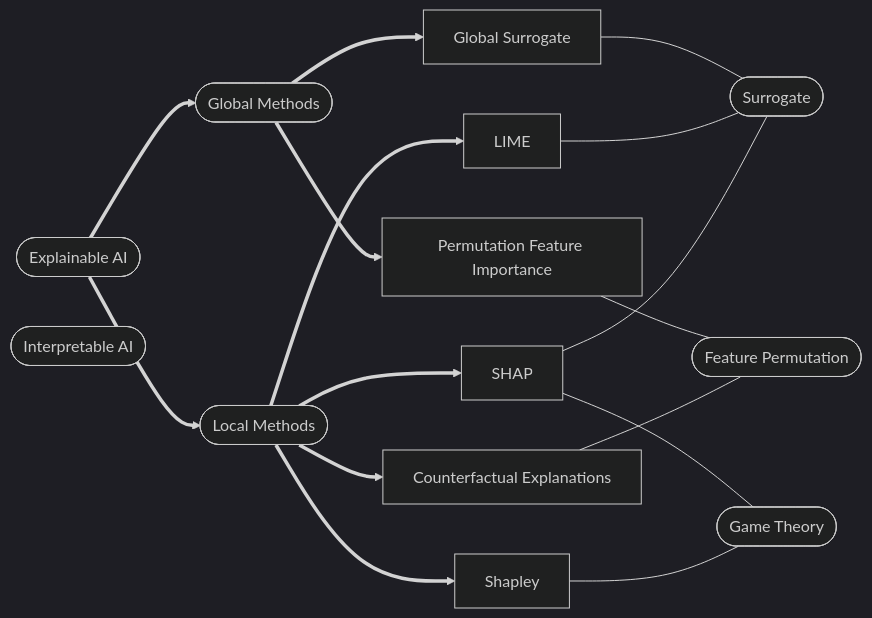
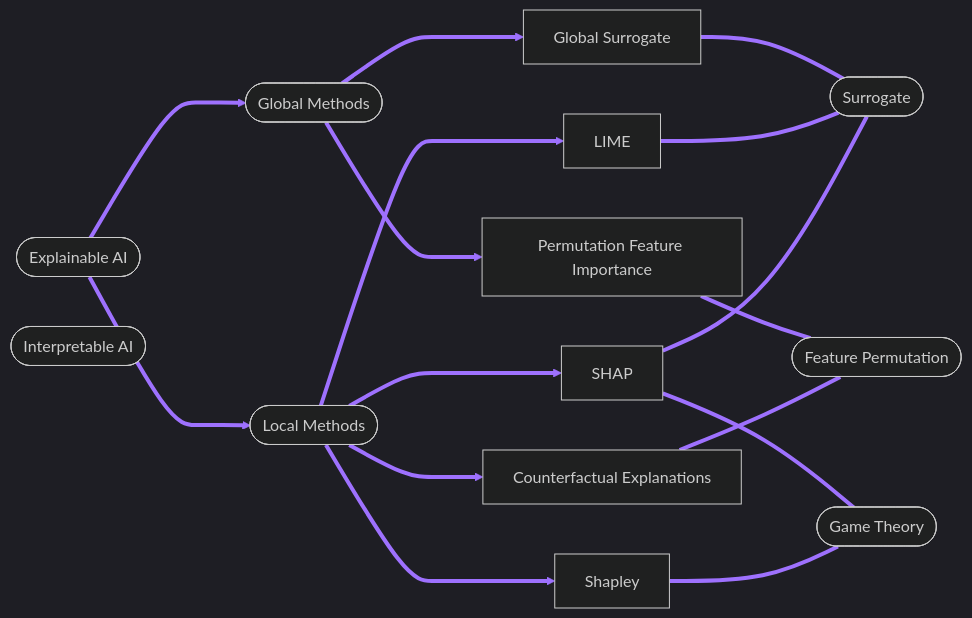
One commit to pat-alt/pat-alt.github.io changed the diagram in content/talks/posts/2022-boe/presentation.qmd. Above: the diagram before and after it, drawn with Mermaid (dark theme). The commit also changed other lines of this file and 36 other files, not shown here.

````diff
--- a/content/talks/posts/2022-boe/presentation.qmd
+++ b/content/talks/posts/2022-boe/presentation.qmd
@@ -367,28 +371,31 @@
 ```{mermaid}
 %%| echo: false
 %%| label: fig-xai
 %%| fig-cap: A (highly) simplified and incomplete overview of the XAI landscape loosly based on @molnar2020interpretable. 
 
 flowchart LR
+
   XAI([Explainable AI])
   IAI([Interpretable AI]) 
   global([Global Methods])
   local([Local Methods])
   surrogate([Surrogate])
   permute([Feature Permutation])
   game([Game Theory])
   global-surrogate[Global Surrogate]
   permute-feature[Permutation Feature Importance]
   lime[LIME]
   shap["SHAP"]
   shapley["Shapley"]
   ce[Counterfactual Explanations]
 
-  XAI ==> global & local
-  global ==> global-surrogate & permute-feature
-  local ==> lime & shap & shapley & ce
+  XAI ---> global & local
+  global ---> global-surrogate & permute-feature
+  local ---> lime & shap & shapley & ce
 
   global-surrogate & lime & shap --- surrogate
   permute-feature & ce --- permute
   shap & shapley --- game
+
+  linkStyle default stroke:#9E71FE,stroke-width:4px;
 ```
````
